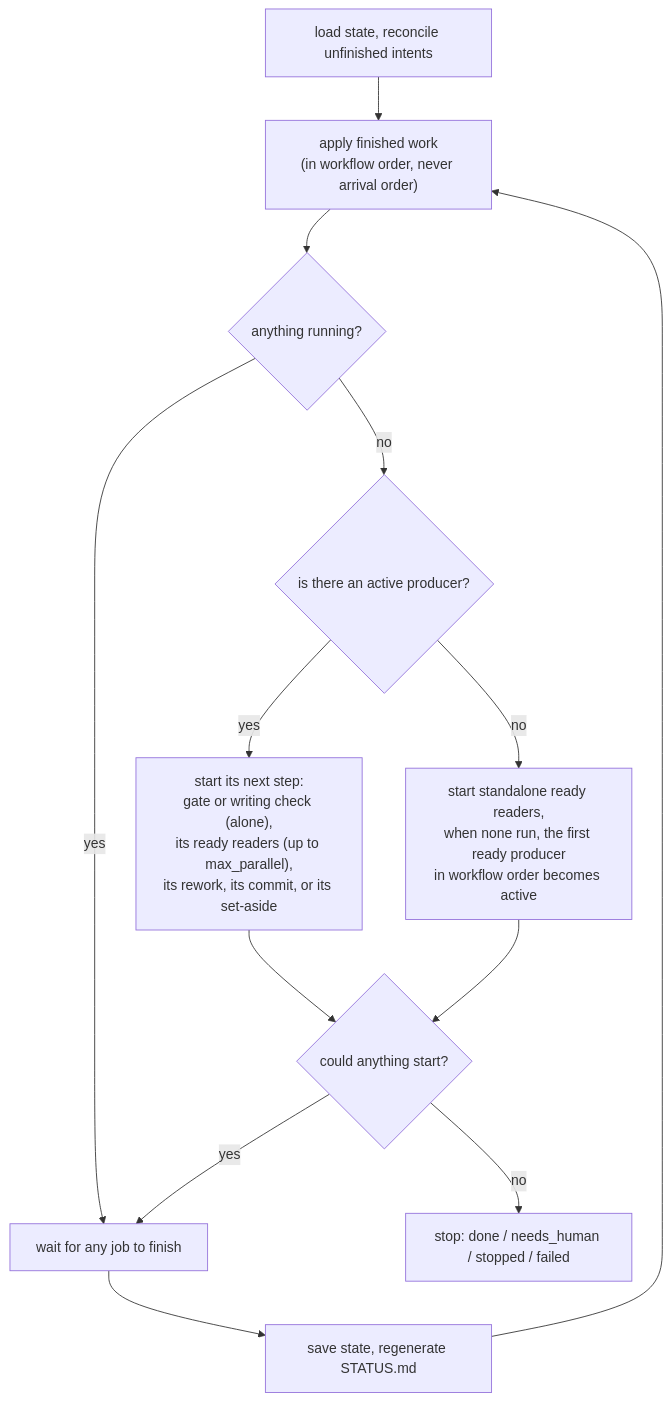
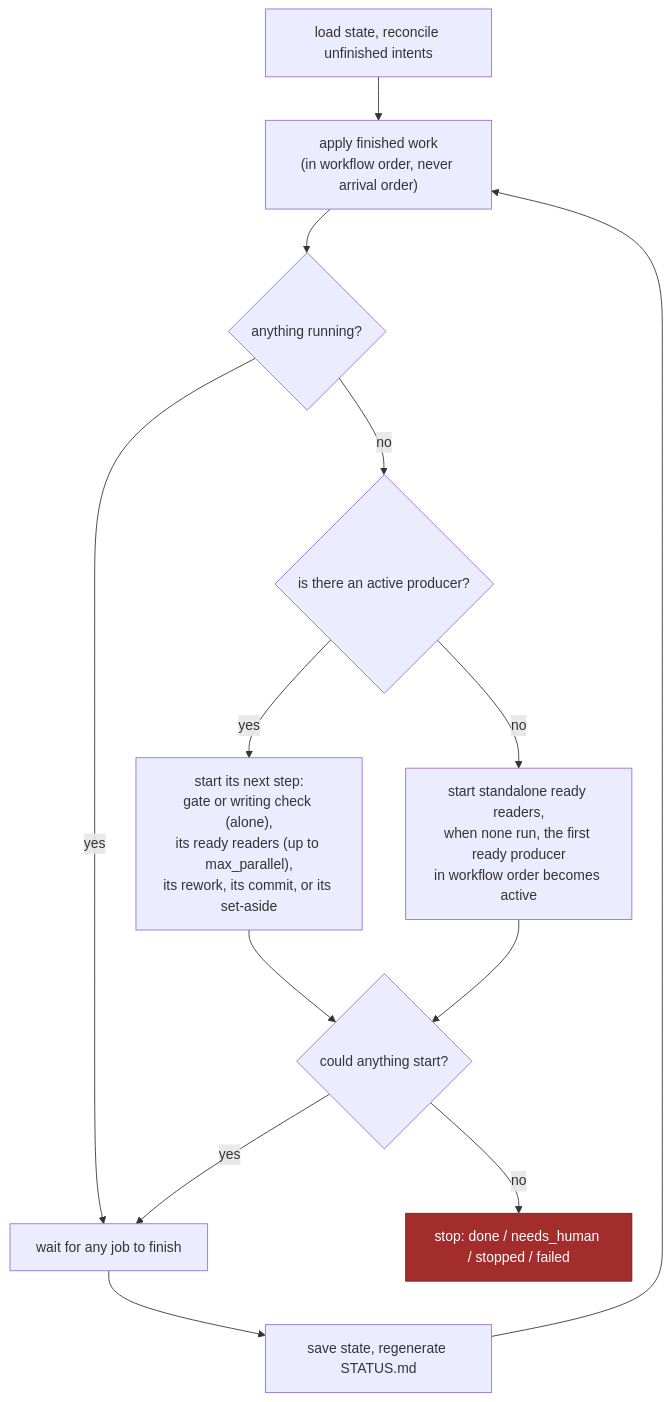
The second of 5 diagrams in task_runner/docs/tutorial/05-architecture.md (miavenet/mv-aipp101-starter), drawn with Mermaid before and after one commit. The commit also changed other lines of this file and 6 other files, not shown here.

````diff
--- a/task_runner/docs/tutorial/05-architecture.md
+++ b/task_runner/docs/tutorial/05-architecture.md
@@ -46,15 +47,18 @@
 ```mermaid
 flowchart TB
     L["load state, reconcile unfinished intents"] --> AP["apply finished work<br/>(in workflow order, never arrival order)"]
     AP --> Q{"anything running?"}
     Q -- yes --> WAIT["wait for any job to finish"]
     Q -- no --> AP2{"is there an active producer?"}
     AP2 -- yes --> NEXT["start its next step:<br/>gate or writing check (alone),<br/>its ready readers (up to max_parallel),<br/>its rework, its commit, or its set-aside"]
     AP2 -- no --> STAND["start standalone ready readers,<br/>when none run, the first ready producer<br/>in workflow order becomes active"]
     NEXT --> CAN{"could anything start?"}
     STAND --> CAN
     CAN -- no --> STOP["stop: done / needs_human / stopped / failed"]
     CAN -- yes --> WAIT
     WAIT --> SAVE["save state, regenerate STATUS.md"]
     SAVE --> AP
+
+    classDef stop fill:#a32d2d,stroke:#741f1f,color:#ffffff
+    class STOP stop
 ```
````
